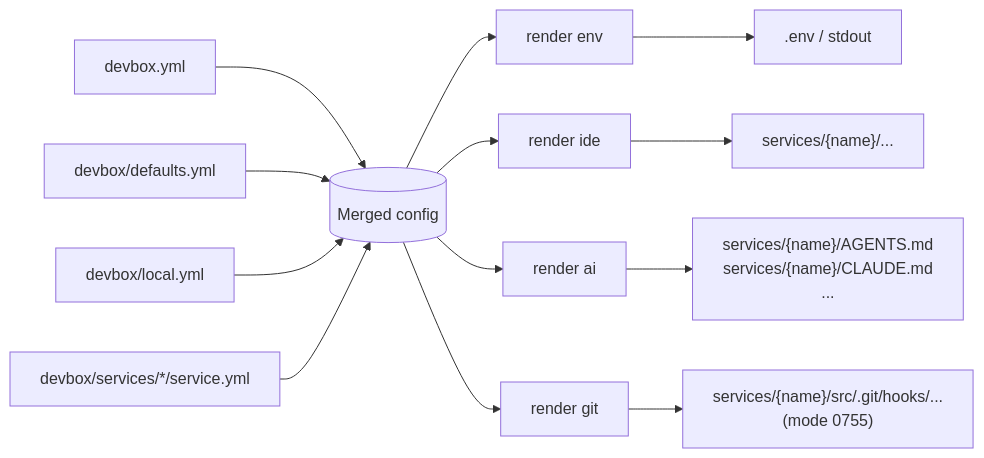
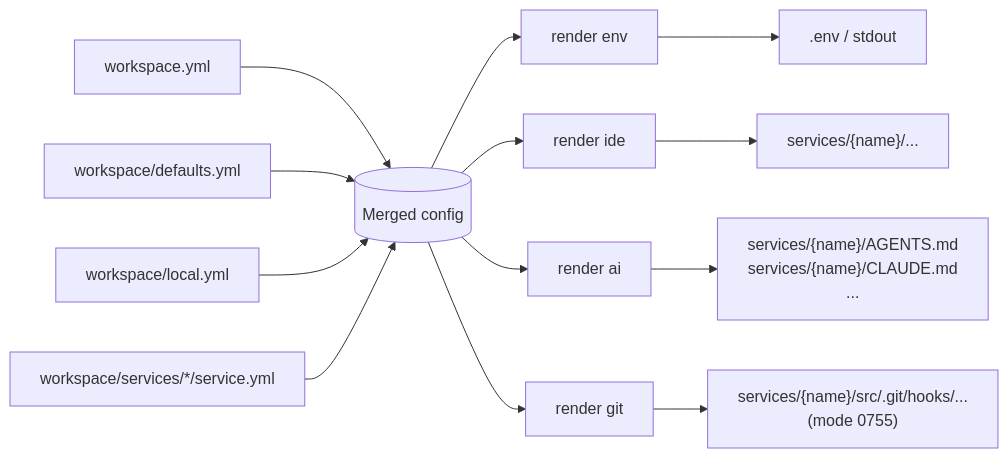
The diagram in docs/reference/render/index.md (semsemyonoff/dwe), drawn with Mermaid before and after one commit. The commit also changed other lines of this file and 113 other files, not shown here.

````diff
--- a/docs/reference/render/index.md
+++ b/docs/reference/render/index.md
@@ -26,18 +26,18 @@
 ```mermaid
 flowchart LR
-  L1[devbox.yml] --> M
-  L2[devbox/defaults.yml] --> M
-  L3[devbox/local.yml] --> M
-  S["devbox/services/*/service.yml"] --> M
+  L1[workspace.yml] --> M
+  L2[workspace/defaults.yml] --> M
+  L3[workspace/local.yml] --> M
+  S["workspace/services/*/service.yml"] --> M
   M[("Merged config")]
 
   M --> E[render env]
   M --> I[render ide]
   M --> A[render ai]
   M --> G[render git]
 
   E --> EOUT[".env / stdout"]
   I --> IOUT["services/{name}/..."]
   A --> AOUT["services/{name}/AGENTS.md<br/>services/{name}/CLAUDE.md<br/>..."]
   G --> GOUT["services/{name}/src/.git/hooks/...<br/>(mode 0755)"]
 ```
````
